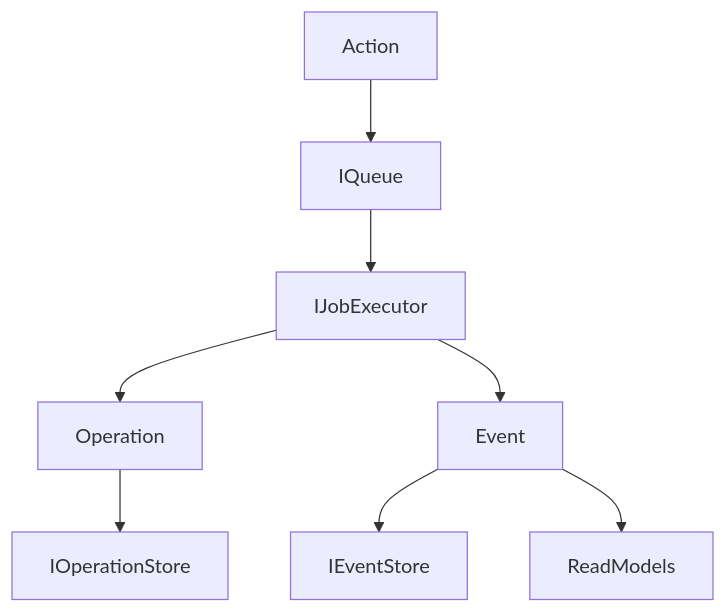
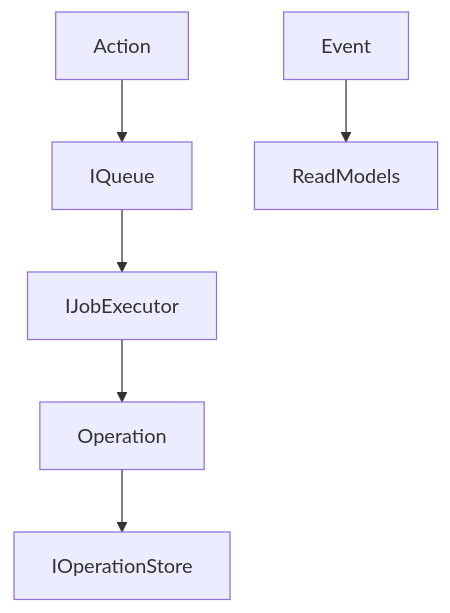
The diagram in packages/reactor/docs/planning/Operations/index.md (powerhouse-inc/powerhouse), drawn with Mermaid before and after one commit. The commit also changed other lines of this file and 5 other files, not shown here.

Commit message:
chore: remove old event store docs from spec for clarity

````diff
--- a/packages/reactor/docs/planning/Operations/index.md
+++ b/packages/reactor/docs/planning/Operations/index.md
@@ -210,7 +210,6 @@
 ```mermaid
 graph TD
     Action --> IQueue --> IJobExecutor
     IJobExecutor --> Operation --> IOperationStore
-    IJobExecutor --> Event --> IEventStore
     Event --> ReadModels
 ```
````
